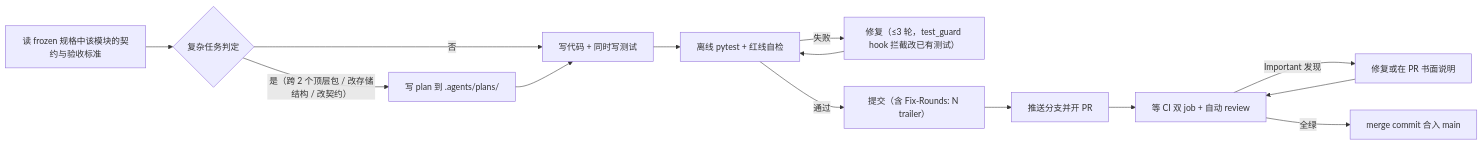
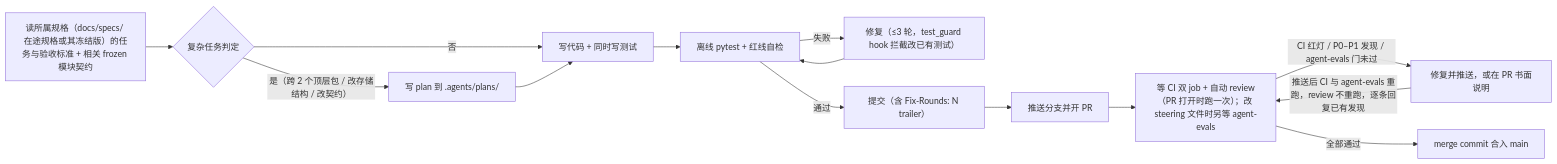
Before and after one commit to chanity256/MODULAR-RAG-MCP-SERVER: the second of 3 diagrams in docs/reference/AI_NATIVE_SDLC_REFERENCE.md, drawn with Mermaid. The commit also changed other lines of this file, not shown here.

First line of the commit message:
docs(reference): [SD2.3] address review findings on the SDLC handbook

````diff
--- a/docs/reference/AI_NATIVE_SDLC_REFERENCE.md
+++ b/docs/reference/AI_NATIVE_SDLC_REFERENCE.md
@@ -56,16 +56,16 @@
 ```mermaid
 flowchart LR
-    A["读 frozen 规格中该模块的契约与验收标准"] --> B{"复杂任务判定"}
+    A["读所属规格（docs/specs/ 在途规格或其冻结版）的任务与验收标准 + 相关 frozen 模块契约"] --> B{"复杂任务判定"}
     B -- "是（跨 2 个顶层包 / 改存储结构 / 改契约）" --> C["写 plan 到 .agents/plans/"]
     B -- "否" --> D
     C --> D["写代码 + 同时写测试"]
     D --> E["离线 pytest + 红线自检"]
     E -- "失败" --> F["修复（≤3 轮，test_guard hook 拦截改已有测试）"]
     F --> E
     E -- "通过" --> G["提交（含 Fix-Rounds: N trailer）"]
     G --> H["推送分支并开 PR"]
-    H --> I["等 CI 双 job + 自动 review"]
-    I -- "Important 发现" --> J["修复或在 PR 书面说明"]
-    J --> I
-    I -- "全绿" --> K["merge commit 合入 main"]
+    H --> I["等 CI 双 job + 自动 review（PR 打开时跑一次）；改 steering 文件时另等 agent-evals"]
+    I -- "CI 红灯 / P0–P1 发现 / agent-evals 门未过" --> J["修复并推送，或在 PR 书面说明"]
+    J -- "推送后 CI 与 agent-evals 重跑，review 不重跑，逐条回复已有发现" --> I
+    I -- "全部通过" --> K["merge commit 合入 main"]
 ```
````
